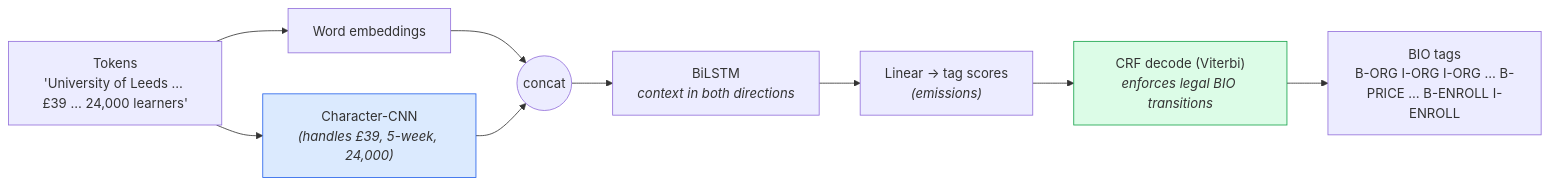
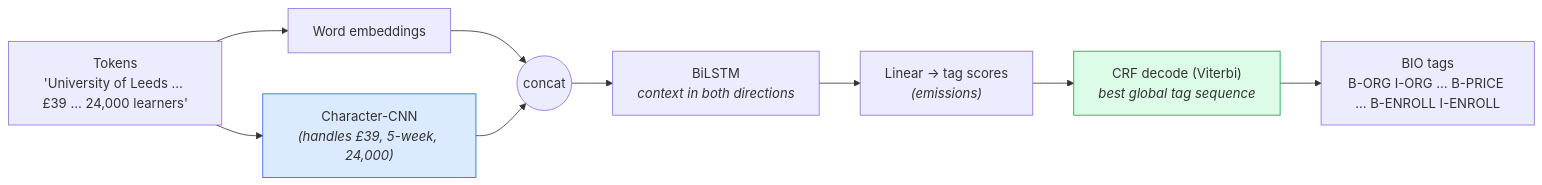
One commit to ismatsamadov/active_learning changed the fourth of 5 diagrams in README.md. Above: the diagram before and after it, drawn with Mermaid. The commit also changed other lines of this file and 5 other files, not shown here.

````diff
--- a/README.md
+++ b/README.md
@@ -239,13 +241,13 @@
 ```mermaid
 flowchart LR
     TOK["Tokens<br/>'University of Leeds … £39 … 24,000 learners'"] --> WE["Word embeddings"]
     TOK --> CC["Character-CNN<br/><i>(handles £39, 5-week, 24,000)</i>"]
     WE --> CONCAT(("concat"))
     CC --> CONCAT
     CONCAT --> BL["BiLSTM<br/><i>context in both directions</i>"]
     BL --> LIN["Linear → tag scores<br/><i>(emissions)</i>"]
-    LIN --> CRF["CRF decode (Viterbi)<br/><i>enforces legal BIO transitions</i>"]
-    CRF --> OUT["BIO tags<br/>B-ORG I-ORG I-ORG … B-PRICE … B-ENROLL I-ENROLL"]
+    LIN --> CRF["CRF decode (Viterbi)<br/><i>best global tag sequence</i>"]
+    CRF --> OUT["BIO tags<br/>B-ORG I-ORG … B-PRICE … B-ENROLL I-ENROLL"]
     style CC fill:#dbeafe,stroke:#2563eb
     style CRF fill:#dcfce7,stroke:#16a34a
 ```
````
